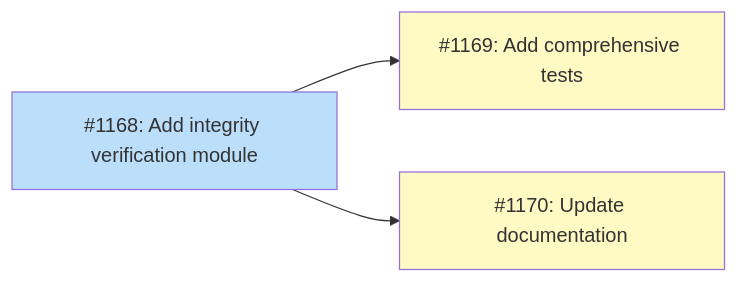
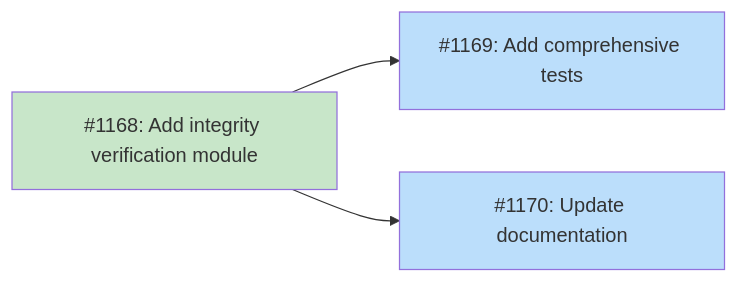
The diagram in docs/designs/DESIGN-library-verify-integrity.md (tsukumogami/tsuku), drawn with Mermaid before and after one commit. The commit also changed other lines of this file and 4 other files, not shown here.

````diff
--- a/docs/designs/DESIGN-library-verify-integrity.md
+++ b/docs/designs/DESIGN-library-verify-integrity.md
@@ -26,17 +26,17 @@
 ```mermaid
 graph LR
     I1168["#1168: Add integrity verification module"]
     I1169["#1169: Add comprehensive tests"]
     I1170["#1170: Update documentation"]
 
     I1168 --> I1169
     I1168 --> I1170
 
     classDef done fill:#c8e6c9
     classDef ready fill:#bbdefb
     classDef blocked fill:#fff9c4
     classDef needsDesign fill:#e1bee7
 
-    class I1168 ready
-    class I1169,I1170 blocked
+    class I1168 done
+    class I1169,I1170 ready
 ```
````
